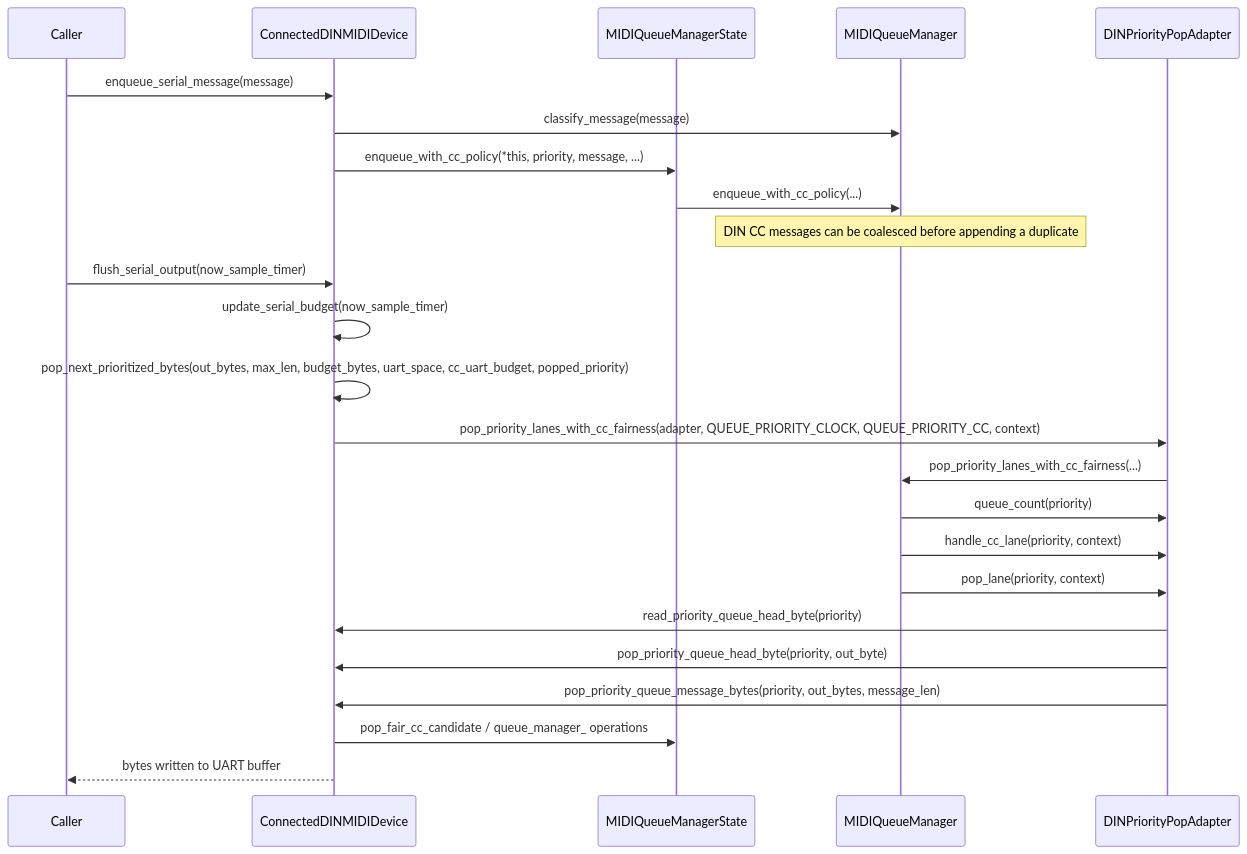
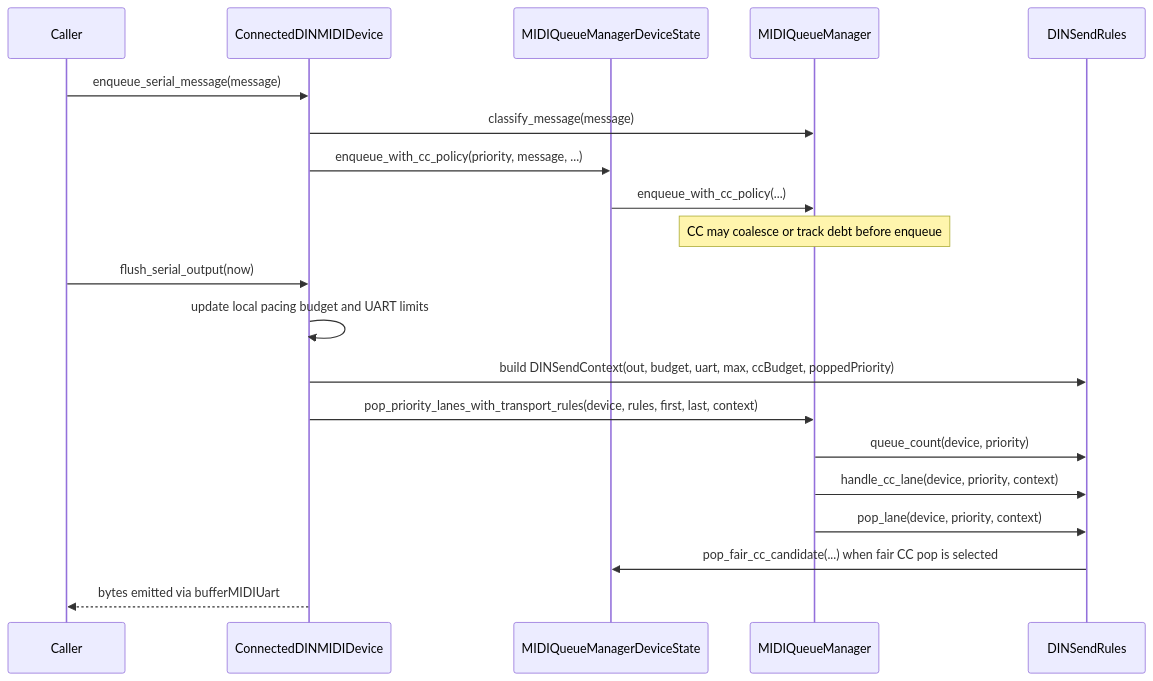
Before and after one commit to seangoodvibes/DelugeFirmware: the fifth of 5 diagrams in docs/dev/midi_queue_flow.md, drawn with Mermaid. The commit also changed other lines of this file and 2 other files, not shown here.

````diff
--- a/docs/dev/midi_queue_flow.md
+++ b/docs/dev/midi_queue_flow.md
@@ -182,28 +133,24 @@
 ```mermaid
 sequenceDiagram
     participant Caller
     participant DIN as ConnectedDINMIDIDevice
-    participant MQ as MIDIQueueManagerState
+    participant MQ as MIDIQueueManagerDeviceState
     participant QM as MIDIQueueManager
-    participant A as DINPriorityPopAdapter
+    participant Rules as DINSendRules
 
     Caller->>DIN: enqueue_serial_message(message)
     DIN->>QM: classify_message(message)
-    DIN->>MQ: enqueue_with_cc_policy(*this, priority, message, ...)
+    DIN->>MQ: enqueue_with_cc_policy(priority, message, ...)
     MQ->>QM: enqueue_with_cc_policy(...)
-    Note over QM: DIN CC messages can be coalesced before appending a duplicate
+    Note over QM: CC may coalesce or track debt before enqueue
 
-    Caller->>DIN: flush_serial_output(now_sample_timer)
-    DIN->>DIN: update_serial_budget(now_sample_timer)
-    DIN->>DIN: pop_next_prioritized_bytes(out_bytes, max_len, budget_bytes, uart_space, cc_uart_budget, popped_priority)
-    DIN->>A: pop_priority_lanes_with_cc_fairness(adapter, QUEUE_PRIORITY_CLOCK, QUEUE_PRIORITY_CC, context)
-    A->>QM: pop_priority_lanes_with_cc_fairness(...)
-    QM->>A: queue_count(priority)
-    QM->>A: handle_cc_lane(priority, context)
-    QM->>A: pop_lane(priority, context)
-    A->>DIN: read_priority_queue_head_byte(priority)
-    A->>DIN: pop_priority_queue_head_byte(priority, out_byte)
-    A->>DIN: pop_priority_queue_message_bytes(priority, out_bytes, message_len)
-    DIN->>MQ: pop_fair_cc_candidate / queue_manager_ operations
-    DIN-->>Caller: bytes written to UART buffer
+    Caller->>DIN: flush_serial_output(now)
+    DIN->>DIN: update local pacing budget and UART limits
+    DIN->>Rules: build DINSendContext(out, budget, uart, max, ccBudget, poppedPriority)
+    DIN->>QM: pop_priority_lanes_with_transport_rules(device, rules, first, last, context)
+    QM->>Rules: queue_count(device, priority)
+    QM->>Rules: handle_cc_lane(device, priority, context)
+    QM->>Rules: pop_lane(device, priority, context)
+    Rules->>MQ: pop_fair_cc_candidate(...) when fair CC pop is selected
+    DIN-->>Caller: bytes emitted via bufferMIDIUart
 ```
````
